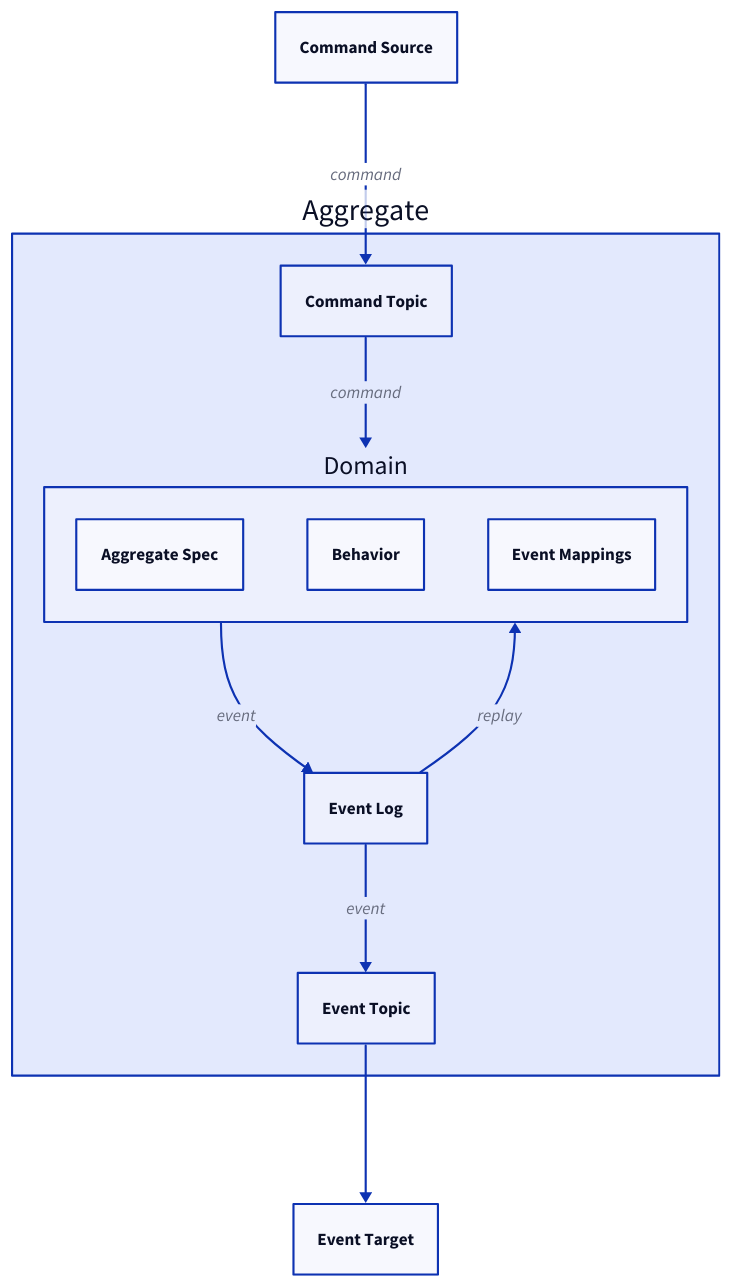
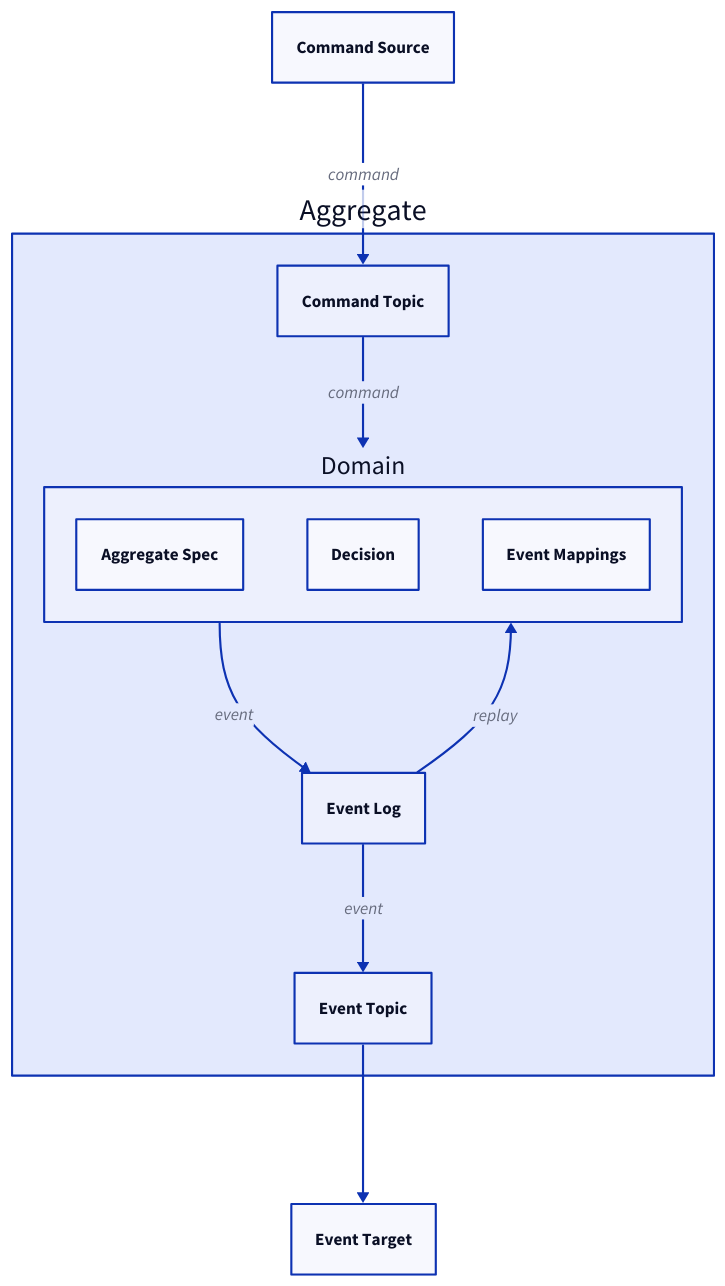
The first of 2 diagrams in packages/doc/docs-app/components/aggregate.md (ReventlessDev/reventless-core), drawn with D2 before and after one commit. The commit also changed other lines of this file and 80 other files, not shown here.

````diff
--- a/packages/doc/docs-app/components/aggregate.md
+++ b/packages/doc/docs-app/components/aggregate.md
@@ -11,27 +11,27 @@
 ```d2
 CommandSource: Command Source { class: command-generator }
 EventTarget: Event Target { class: event-collector }
 
 Aggregate: {
   class: aggregate
 
   Domain: {
     class: aggregate
     Spec: Aggregate Spec { class: spec }
-    Behavior: Behavior { class: spec }
+    Decision: Decision { class: spec }
     EventMappings: Event Mappings { class: spec }
   }
 
   CommandTopic: Command Topic { class: command-topic }
   EventLog: Event Log { class: event-log }
   EventTopic: Event Topic { class: event-topic }
 
   CommandTopic -> Domain: command { class: command-flow }
   Domain -> EventLog: event { class: event-flow }
   EventLog -> Domain: replay { class: replay }
   EventLog -> EventTopic: event { class: event-flow }
 }
 
 CommandSource -> Aggregate.CommandTopic: command { class: command-flow }
 Aggregate.EventTopic -> EventTarget: { class: event-flow }
 ```
````
